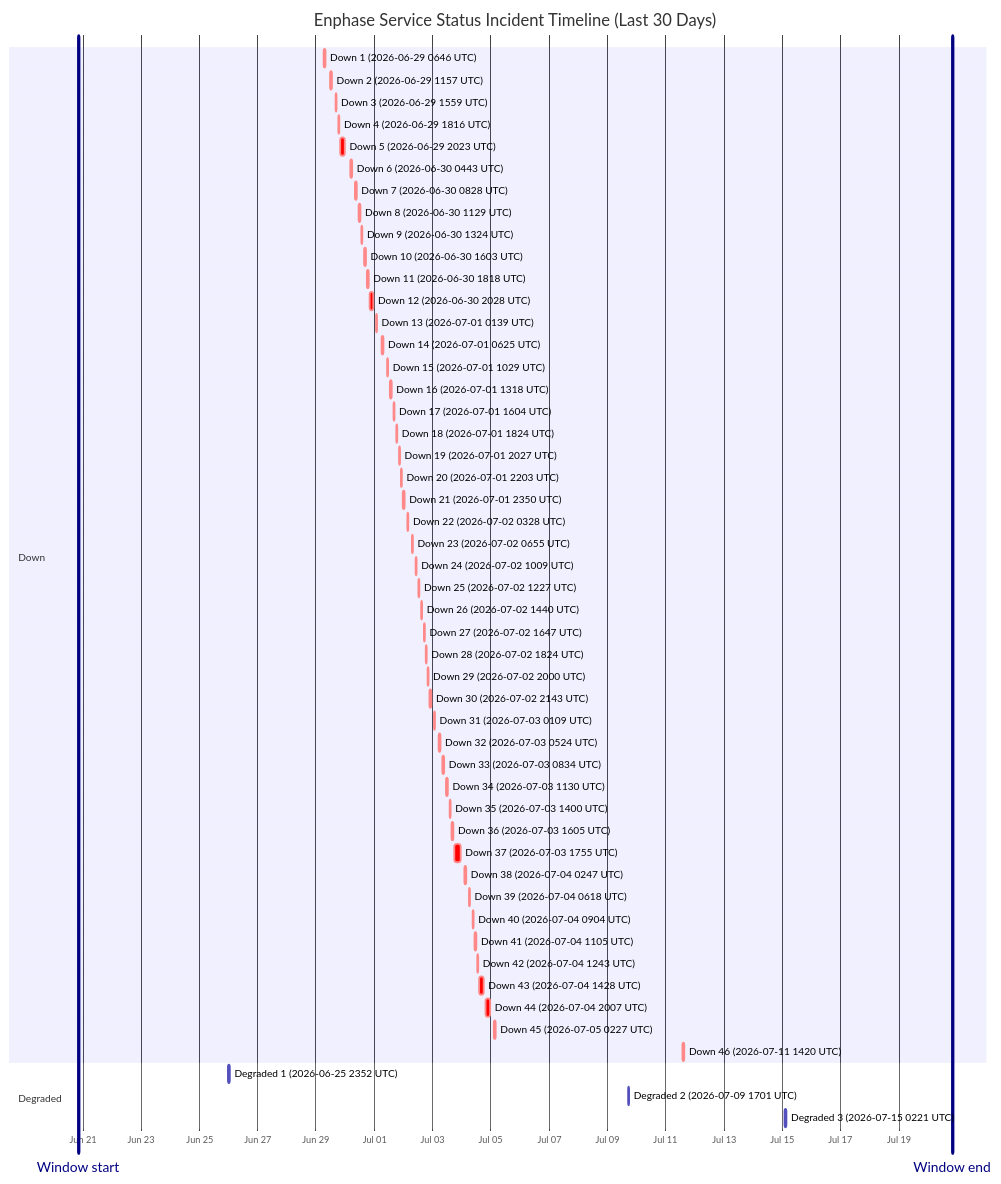
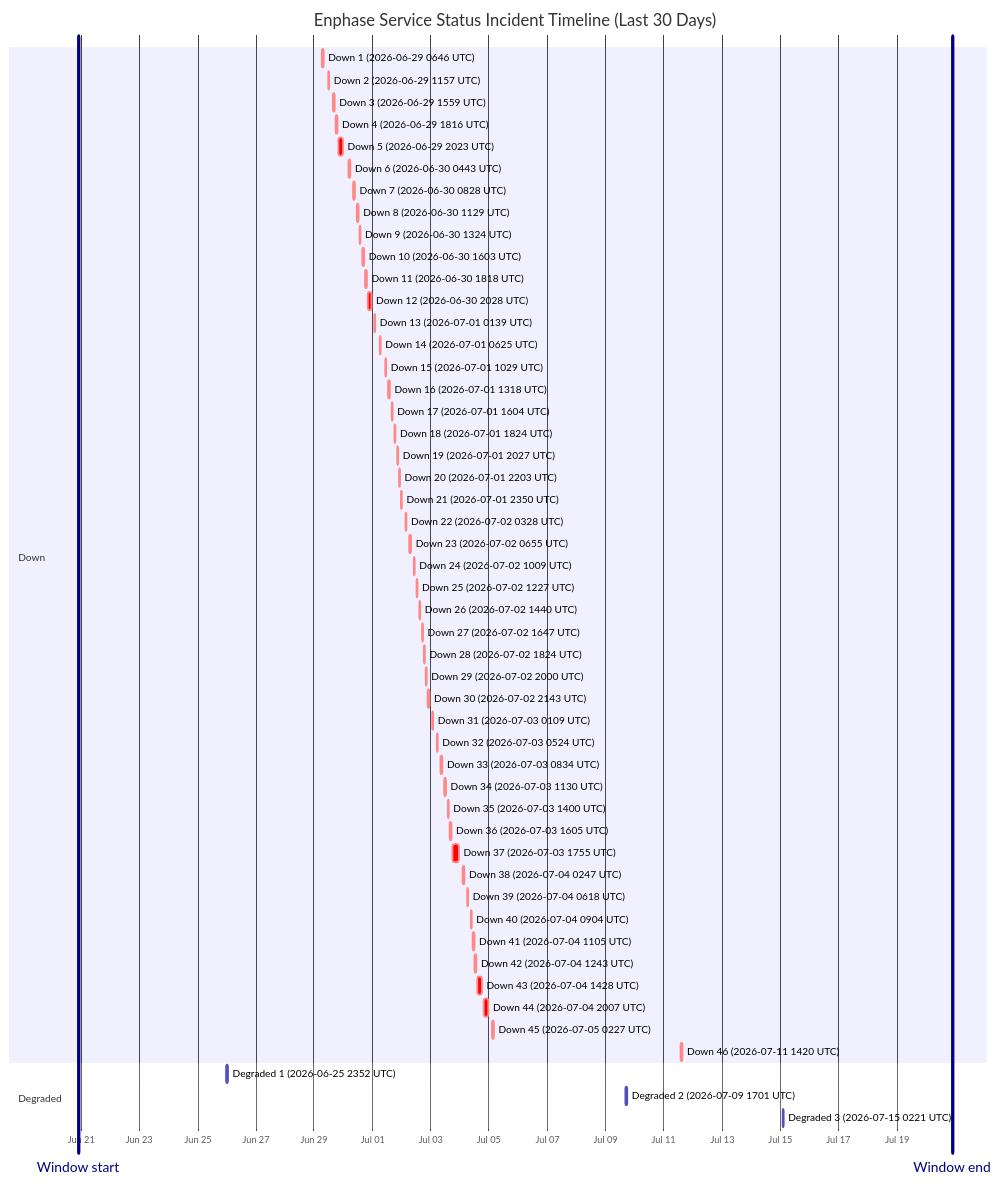
The diagram in wiki/Service-Status-History.md (barneyonline/ha-enphase-energy), drawn with Mermaid before and after one commit. The commit also changed other lines of this file and 3 other files, not shown here.

````diff
--- a/wiki/Service-Status-History.md
+++ b/wiki/Service-Status-History.md
@@ -14,59 +14,59 @@
 ```mermaid
 gantt
     title Enphase Service Status Incident Timeline (Last 30 Days)
     dateFormat  YYYY-MM-DDTHH:mm:ss
     axisFormat  %b %d
-    Window start :vert, window-start, 2026-06-20T20:07:35, 0ms
-    Window end :vert, window-end, 2026-07-20T20:07:35, 0ms
+    Window start :vert, window-start, 2026-06-20T21:42:10, 0ms
+    Window end :vert, window-end, 2026-07-20T21:42:10, 0ms
     section Down
     Down 1 (2026-06-29 0646 UTC) :crit, down-1, 2026-06-29T06:46:18, 60m
     Down 2 (2026-06-29 1157 UTC) :crit, down-2, 2026-06-29T11:57:36, 60m
     Down 3 (2026-06-29 1559 UTC) :crit, down-3, 2026-06-29T15:59:02, 60m
     Down 4 (2026-06-29 1816 UTC) :crit, down-4, 2026-06-29T18:16:38, 60m
     Down 5 (2026-06-29 2023 UTC) :crit, down-5, 2026-06-29T20:23:16, 220m
     Down 6 (2026-06-30 0443 UTC) :crit, down-6, 2026-06-30T04:43:54, 60m
     Down 7 (2026-06-30 0828 UTC) :crit, down-7, 2026-06-30T08:28:43, 60m
     Down 8 (2026-06-30 1129 UTC) :crit, down-8, 2026-06-30T11:29:15, 60m
     Down 9 (2026-06-30 1324 UTC) :crit, down-9, 2026-06-30T13:24:25, 60m
     Down 10 (2026-06-30 1603 UTC) :crit, down-10, 2026-06-30T16:03:26, 60m
     Down 11 (2026-06-30 1818 UTC) :crit, down-11, 2026-06-30T18:18:39, 60m
     Down 12 (2026-06-30 2028 UTC) :crit, down-12, 2026-06-30T20:28:54, 171m
     Down 13 (2026-07-01 0139 UTC) :crit, down-13, 2026-07-01T01:39:18, 60m
     Down 14 (2026-07-01 0625 UTC) :crit, down-14, 2026-07-01T06:25:35, 60m
     Down 15 (2026-07-01 1029 UTC) :crit, down-15, 2026-07-01T10:29:24, 60m
     Down 16 (2026-07-01 1318 UTC) :crit, down-16, 2026-07-01T13:18:31, 60m
     Down 17 (2026-07-01 1604 UTC) :crit, down-17, 2026-07-01T16:04:29, 60m
     Down 18 (2026-07-01 1824 UTC) :crit, down-18, 2026-07-01T18:24:21, 60m
     Down 19 (2026-07-01 2027 UTC) :crit, down-19, 2026-07-01T20:27:17, 60m
     Down 20 (2026-07-01 2203 UTC) :crit, down-20, 2026-07-01T22:03:46, 60m
     Down 21 (2026-07-01 2350 UTC) :crit, down-21, 2026-07-01T23:50:52, 60m
     Down 22 (2026-07-02 0328 UTC) :crit, down-22, 2026-07-02T03:28:33, 60m
     Down 23 (2026-07-02 0655 UTC) :crit, down-23, 2026-07-02T06:55:07, 60m
     Down 24 (2026-07-02 1009 UTC) :crit, down-24, 2026-07-02T10:09:15, 60m
     Down 25 (2026-07-02 1227 UTC) :crit, down-25, 2026-07-02T12:27:49, 60m
     Down 26 (2026-07-02 1440 UTC) :crit, down-26, 2026-07-02T14:40:53, 60m
     Down 27 (2026-07-02 1647 UTC) :crit, down-27, 2026-07-02T16:47:47, 60m
     Down 28 (2026-07-02 1824 UTC) :crit, down-28, 2026-07-02T18:24:26, 60m
     Down 29 (2026-07-02 2000 UTC) :crit, down-29, 2026-07-02T20:00:57, 60m
     Down 30 (2026-07-02 2143 UTC) :crit, down-30, 2026-07-02T21:43:52, 80m
     Down 31 (2026-07-03 0109 UTC) :crit, down-31, 2026-07-03T01:09:19, 60m
     Down 32 (2026-07-03 0524 UTC) :crit, down-32, 2026-07-03T05:24:23, 60m
     Down 33 (2026-07-03 0834 UTC) :crit, down-33, 2026-07-03T08:34:05, 60m
     Down 34 (2026-07-03 1130 UTC) :crit, down-34, 2026-07-03T11:30:41, 60m
     Down 35 (2026-07-03 1400 UTC) :crit, down-35, 2026-07-03T14:00:48, 60m
     Down 36 (2026-07-03 1605 UTC) :crit, down-36, 2026-07-03T16:05:49, 60m
     Down 37 (2026-07-03 1755 UTC) :crit, down-37, 2026-07-03T17:55:54, 338m
     Down 38 (2026-07-04 0247 UTC) :crit, down-38, 2026-07-04T02:47:22, 60m
     Down 39 (2026-07-04 0618 UTC) :crit, down-39, 2026-07-04T06:18:09, 60m
     Down 40 (2026-07-04 0904 UTC) :crit, down-40, 2026-07-04T09:04:41, 60m
     Down 41 (2026-07-04 1105 UTC) :crit, down-41, 2026-07-04T11:05:21, 60m
     Down 42 (2026-07-04 1243 UTC) :crit, down-42, 2026-07-04T12:43:25, 60m
     Down 43 (2026-07-04 1428 UTC) :crit, down-43, 2026-07-04T14:28:07, 243m
     Down 44 (2026-07-04 2007 UTC) :crit, down-44, 2026-07-04T20:07:50, 206m
     Down 45 (2026-07-05 0227 UTC) :crit, down-45, 2026-07-05T02:27:32, 109m
     Down 46 (2026-07-11 1420 UTC) :crit, down-46, 2026-07-11T14:20:54, 69m
     section Degraded
     Degraded 1 (2026-06-25 2352 UTC) :active, degraded-1, 2026-06-25T23:52:01, 60m
     Degraded 2 (2026-07-09 1701 UTC) :active, degraded-2, 2026-07-09T17:01:02, 60m
     Degraded 3 (2026-07-15 0221 UTC) :active, degraded-3, 2026-07-15T02:21:35, 60m
 ```
````
